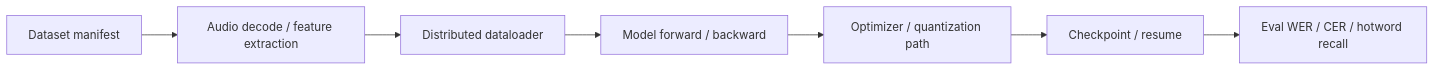
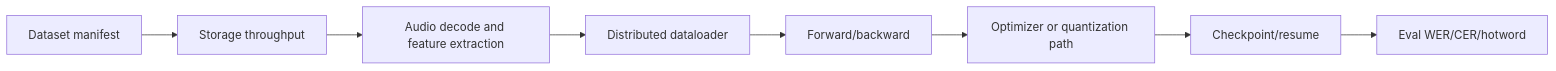
The second of 2 diagrams in Deep-Learning/Qwen3-ASR-Training-Inference-Validation-on-Azure/README-CN.md (david-xinyuwei/david-share), drawn with Mermaid before and after one commit. The commit also changed other lines of this file and 15 other files, not shown here.

````diff
--- a/Deep-Learning/Qwen3-ASR-Training-Inference-Validation-on-Azure/README-CN.md
+++ b/Deep-Learning/Qwen3-ASR-Training-Inference-Validation-on-Azure/README-CN.md
@@ -142,9 +220,10 @@
 ```mermaid
 flowchart LR
-      A[Dataset manifest] --> B[Audio decode / feature extraction]
-      B --> C[Distributed dataloader]
-      C --> D[Model forward / backward]
-      D --> E[Optimizer / quantization path]
-      E --> F[Checkpoint / resume]
-      F --> G[Eval WER / CER / hotword recall]
+    A[Dataset manifest] --> B[Storage throughput]
+    B --> C[Audio decode and feature extraction]
+    C --> D[Distributed dataloader]
+    D --> E[Forward/backward]
+    E --> F[Optimizer or quantization path]
+    F --> G[Checkpoint/resume]
+    G --> H[Eval WER/CER/hotword]
 ```
````
